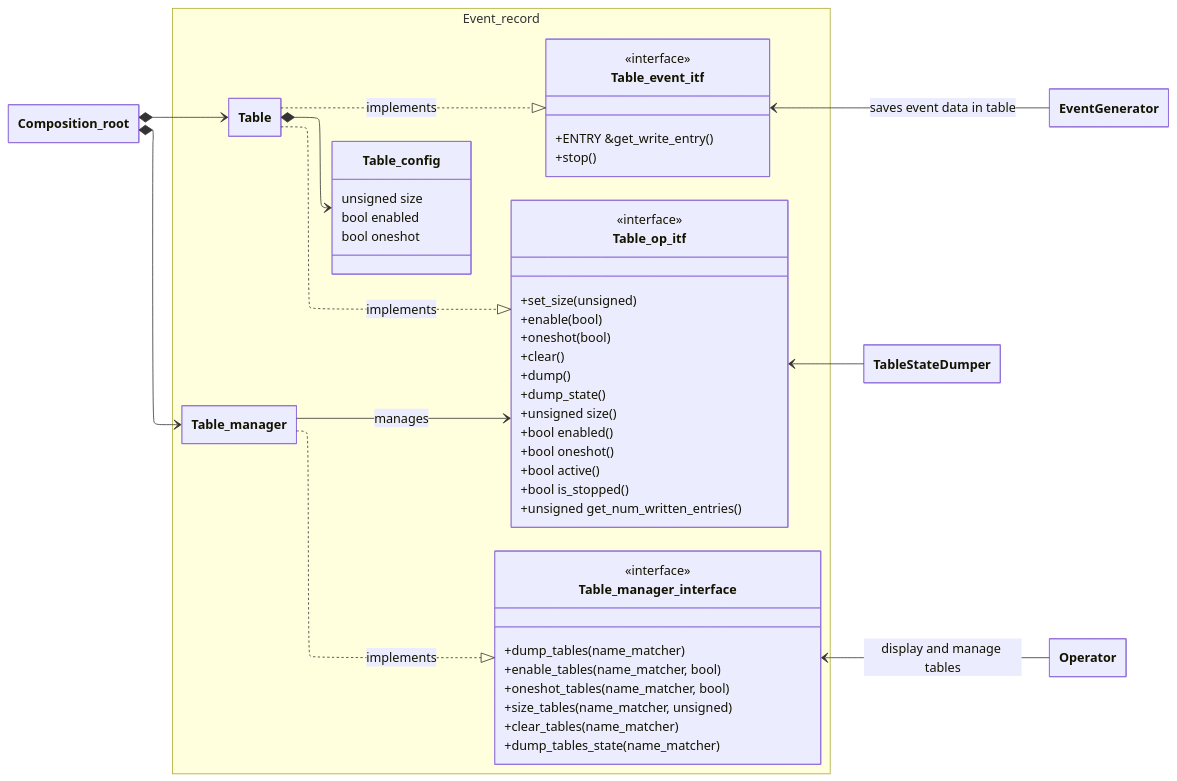
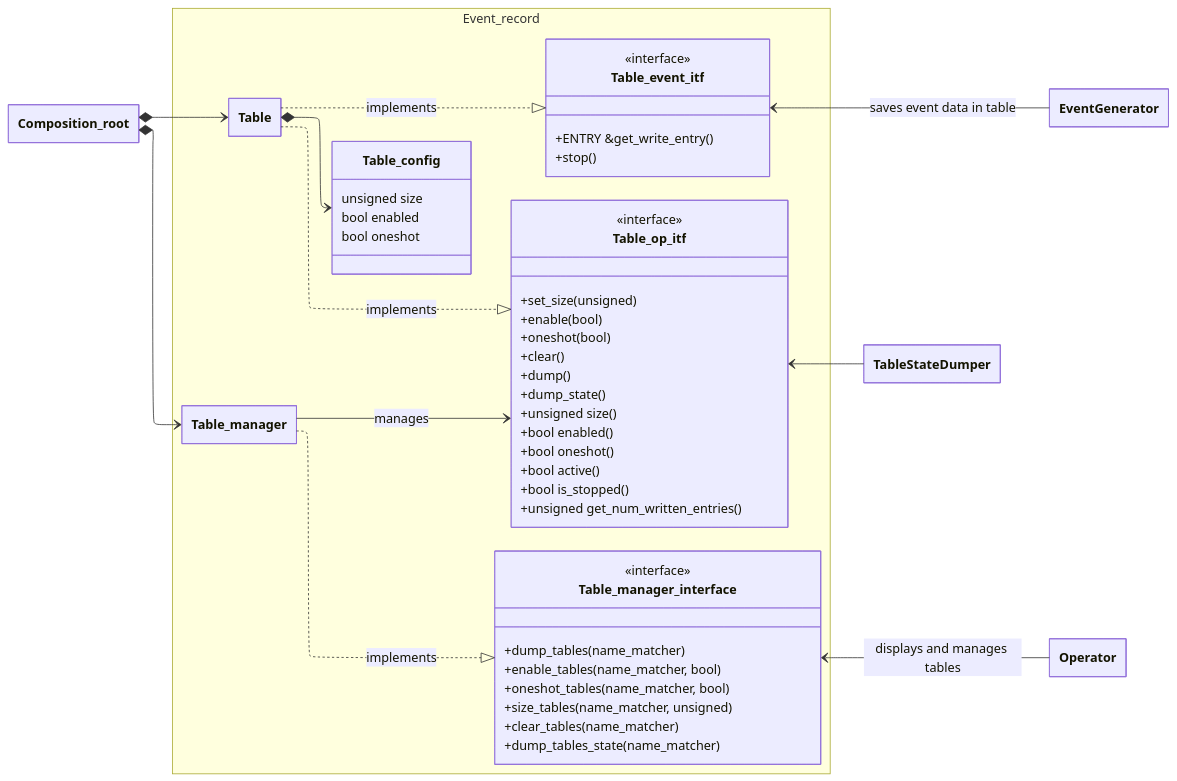
The diagram in README.md (ferdi-pienaar/event_recorder), drawn with Mermaid before and after one commit. The commit also changed 5 other files, not shown here.

````diff
--- a/README.md
+++ b/README.md
@@ -24,67 +24,67 @@
 ```mermaid
 ---
 config:
   layout: elk
   class:
     hideEmptyMembersBox: true
 ---
 
 classDiagram
     direction LR
 
     class Composition_root
 
     namespace Event_record {
 
         class Table_op_itf <<interface>> {
             +set_size(unsigned)
             +enable(bool)
             +oneshot(bool)
             +clear()
             +dump()
             +dump_state()
             +unsigned size()
             +bool enabled()
             +bool oneshot()
             +bool active()
             +bool is_stopped()
             +unsigned get_num_written_entries()
         }
 
         class Table_event_itf <<interface>> {
             +ENTRY &get_write_entry()
             +stop()
         }
 
         class Table
         class Table_manager
         class Table_manager_interface <<interface>> {
             +dump_tables(name_matcher)
             +enable_tables(name_matcher, bool)
             +oneshot_tables(name_matcher, bool)
             +size_tables(name_matcher, unsigned)
             +clear_tables(name_matcher)
             +dump_tables_state(name_matcher)
         }
 
         class Table_config {
             unsigned size
             bool enabled
             bool oneshot
         }
 
     }
     Table ..|> Table_op_itf : implements
     Table ..|> Table_event_itf : implements
     Table *--> Table_config
 
     Table_event_itf <-- Event Generator : saves event data in table
     Table_op_itf <-- Table State Dumper
     Table_manager --> Table_op_itf : manages
     Table_manager ..|> Table_manager_interface : implements
-    Table_manager_interface  <-- Operator : display and manage tables
+    Table_manager_interface  <-- Operator : displays and manages tables
 
     Composition_root *--> Table_manager
     Composition_root *--> Table
 
 ```
````
